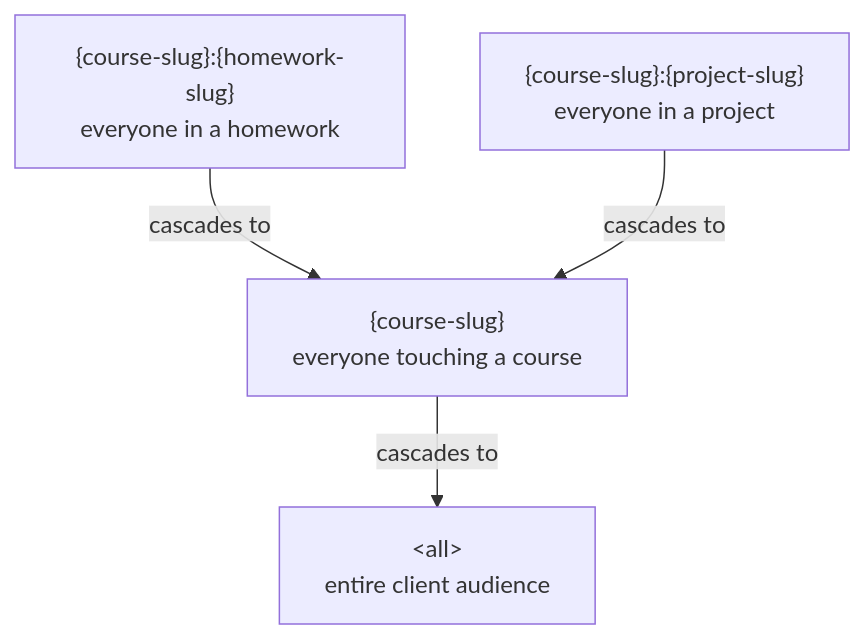
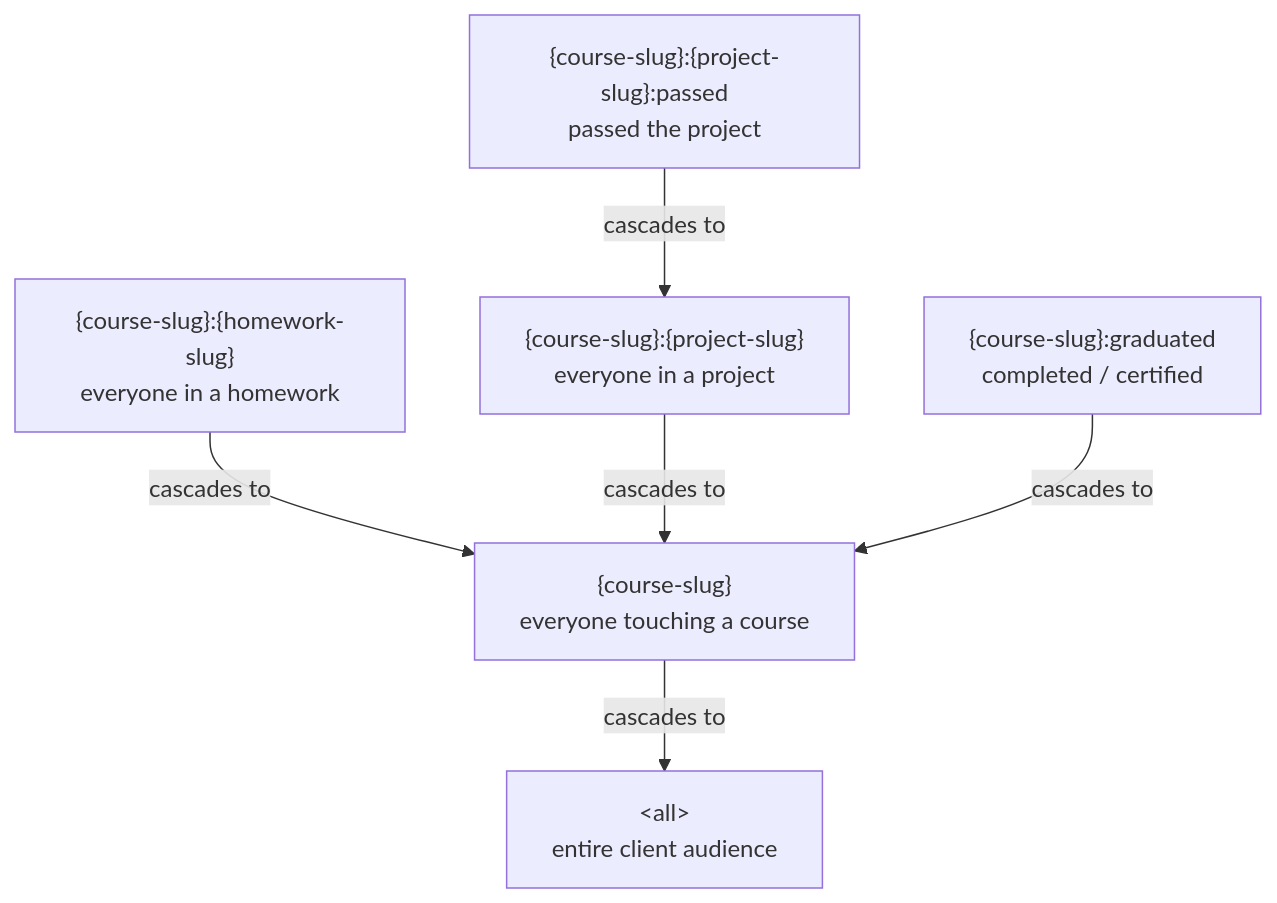
One commit to DataTalksClub/course-management-platform changed the second of 16 diagrams in docs/datamailer-integration.md. Above: the diagram before and after it, drawn with Mermaid. The commit also changed other lines of this file, not shown here.

````diff
--- a/docs/datamailer-integration.md
+++ b/docs/datamailer-integration.md
@@ -100,11 +102,15 @@
 ```mermaid
 flowchart TD
     ALL["&lt;all&gt;<br/>entire client audience"]
     C["{course-slug}<br/>everyone touching a course"]
     HW["{course-slug}:{homework-slug}<br/>everyone in a homework"]
     PR["{course-slug}:{project-slug}<br/>everyone in a project"]
+    PRP["{course-slug}:{project-slug}:passed<br/>passed the project"]
+    GRAD["{course-slug}:graduated<br/>completed / certified"]
 
+    PRP -->|cascades to| PR
     HW -->|cascades to| C
     PR -->|cascades to| C
+    GRAD -->|cascades to| C
     C -->|cascades to| ALL
 ```
````
